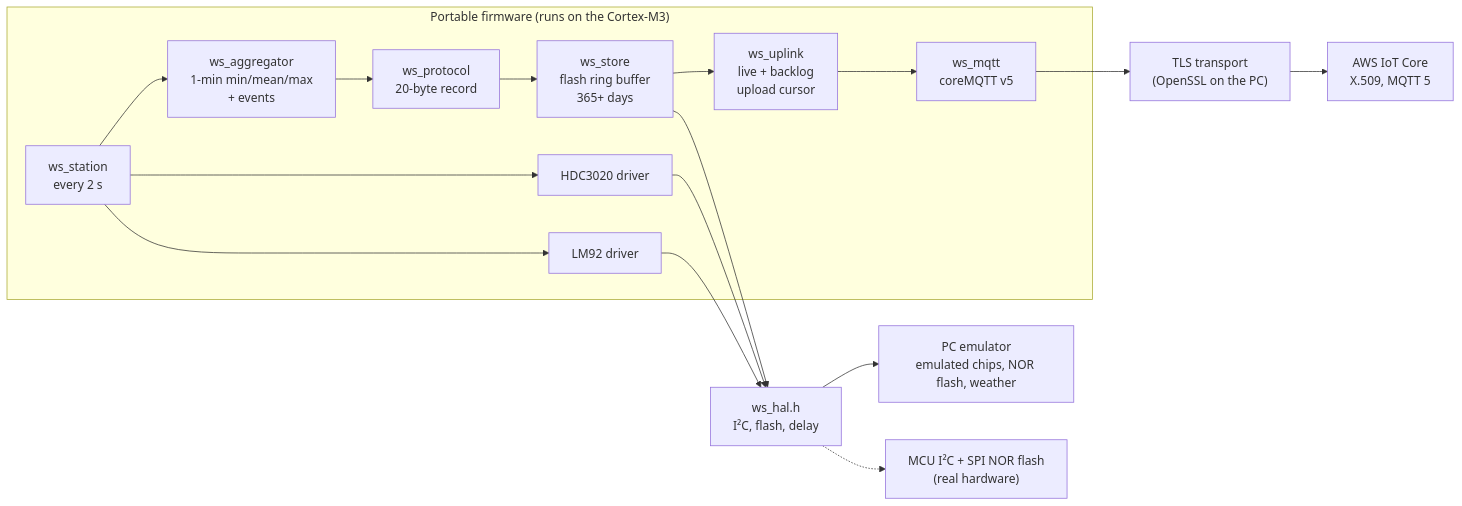
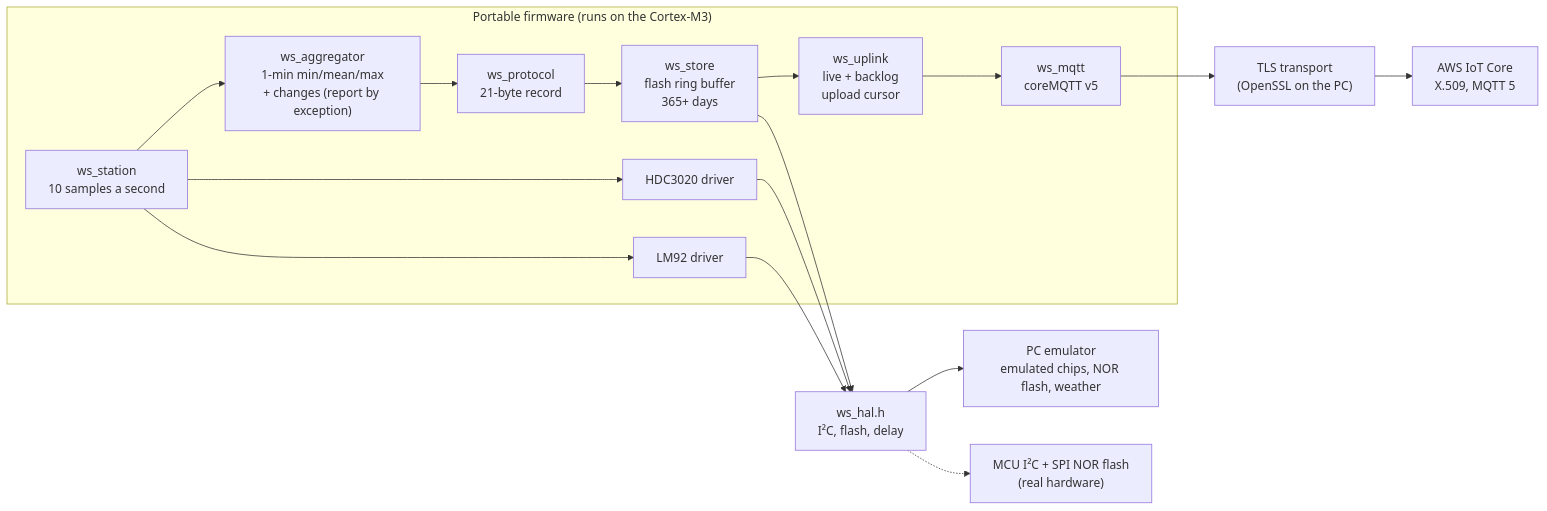
The diagram in README.md (j0kerZ/invivo-weather-station), drawn with Mermaid before and after one commit. The commit also changed other lines of this file and 21 other files, not shown here.

First line of the commit message:
Sample at 10 Hz and report changes by exception

````diff
--- a/README.md
+++ b/README.md
@@ -56,18 +57,18 @@
 ```mermaid
 flowchart LR
     subgraph portable["Portable firmware (runs on the Cortex-M3)"]
-        station["ws_station<br/>every 2 s"] --> lm92["LM92 driver"]
+        station["ws_station<br/>10 samples a second"] --> lm92["LM92 driver"]
         station --> hdc["HDC3020 driver"]
-        station --> agg["ws_aggregator<br/>1-min min/mean/max<br/>+ events"]
-        agg --> proto["ws_protocol<br/>20-byte record"]
+        station --> agg["ws_aggregator<br/>1-min min/mean/max<br/>+ changes (report by exception)"]
+        agg --> proto["ws_protocol<br/>21-byte record"]
         proto --> store["ws_store<br/>flash ring buffer<br/>365+ days"]
         store --> uplink["ws_uplink<br/>live + backlog<br/>upload cursor"]
         uplink --> mqttc["ws_mqtt<br/>coreMQTT v5"]
     end
     lm92 & hdc --> hal["ws_hal.h<br/>I²C, flash, delay"]
     store --> hal
     hal --> emu["PC emulator<br/>emulated chips, NOR flash, weather"]
     hal -.-> mcu["MCU I²C + SPI NOR flash<br/>(real hardware)"]
     mqttc --> net["TLS transport<br/>(OpenSSL on the PC)"]
     net --> iot["AWS IoT Core<br/>X.509, MQTT 5"]
 ```
````
